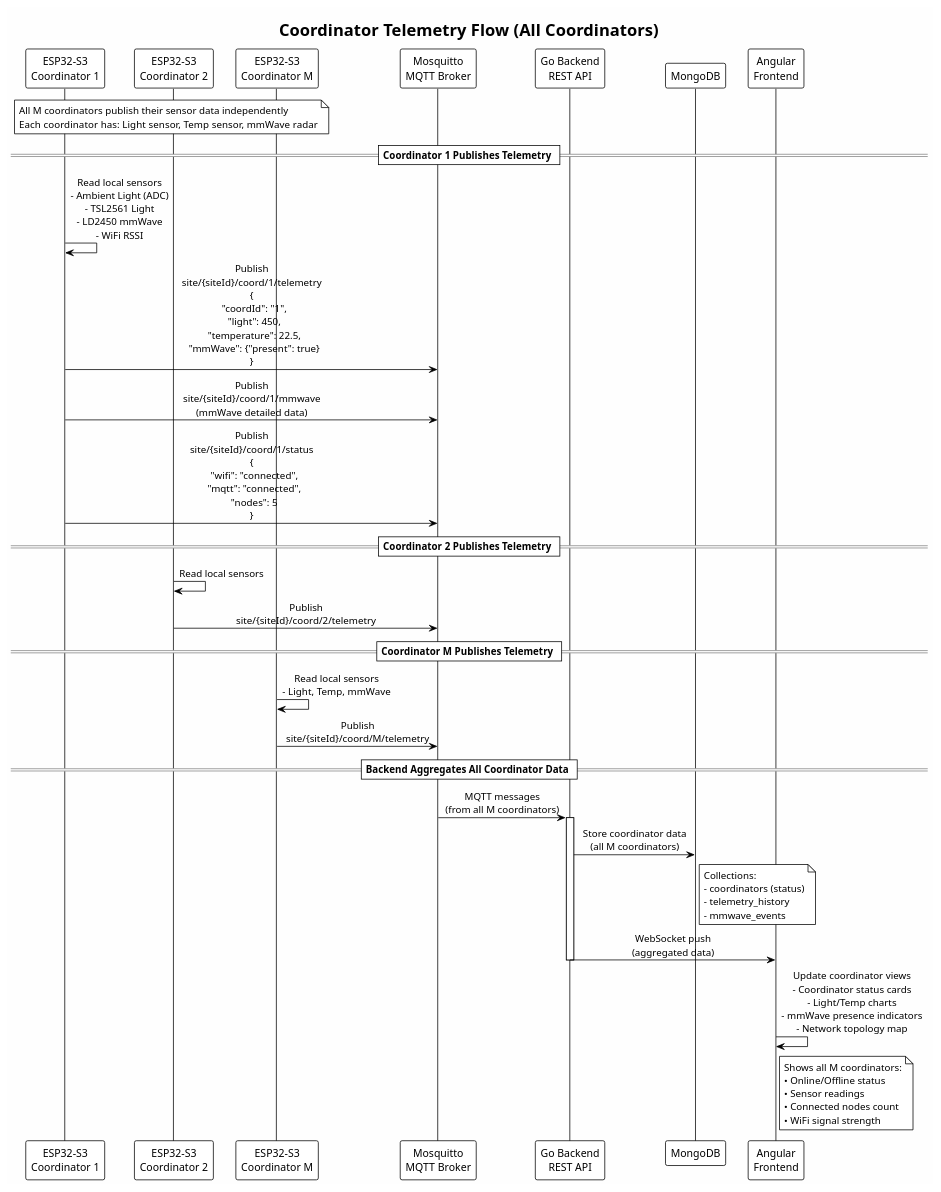
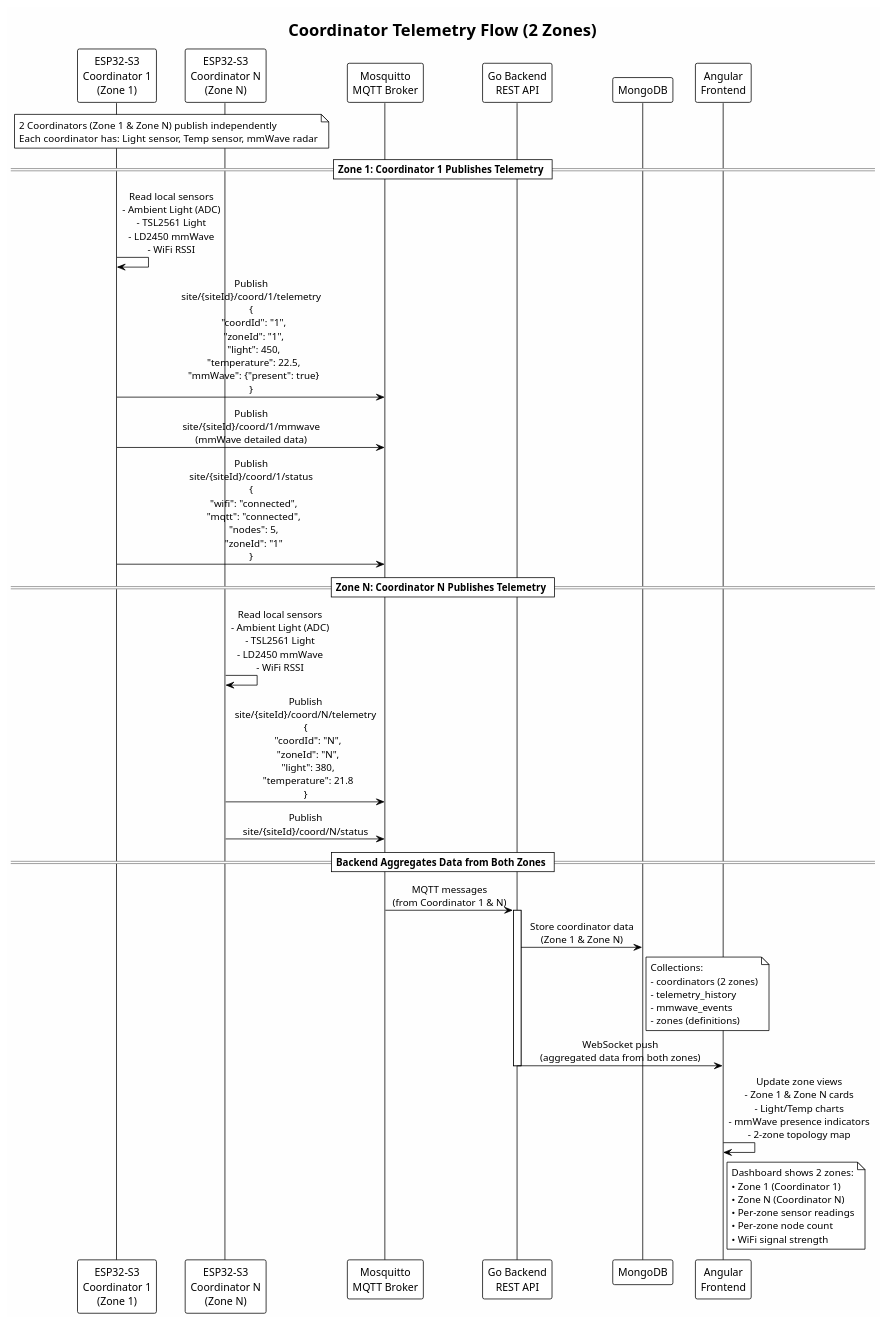
Before and after one commit to DICEsda/IOT-TileNodeCoordinator: the diagram in docs/dataflow-coordinator-telemetry.puml, drawn with PlantUML. The commit also changed 6 other files, not shown here.

Commit message:
Simplify architecture to 2 zones (Zone 1 and Zone N) with N nodes each

```diff
--- a/docs/dataflow-coordinator-telemetry.puml
+++ b/docs/dataflow-coordinator-telemetry.puml
@@ -1,65 +1,63 @@
 @startuml Coordinator Telemetry Flow
 
 !theme plain
 skinparam sequenceMessageAlign center
 skinparam backgroundColor #FEFEFE
 
-title Coordinator Telemetry Flow (All Coordinators)
+title Coordinator Telemetry Flow (2 Zones)
 
-participant "ESP32-S3\nCoordinator 1" as Coord1
-participant "ESP32-S3\nCoordinator 2" as Coord2
-participant "ESP32-S3\nCoordinator M" as CoordM
+participant "ESP32-S3\nCoordinator 1\n(Zone 1)" as Coord1
+participant "ESP32-S3\nCoordinator N\n(Zone N)" as CoordN
 participant "Mosquitto\nMQTT Broker" as MQTT
 participant "Go Backend\nREST API" as Backend
 participant "MongoDB" as DB
 participant "Angular\nFrontend" as Frontend
 
-note over Coord1, CoordM
-  All M coordinators publish their sensor data independently
+note over Coord1, CoordN
+  2 Coordinators (Zone 1 & Zone N) publish independently
   Each coordinator has: Light sensor, Temp sensor, mmWave radar
 end note
 
-== Coordinator 1 Publishes Telemetry ==
+== Zone 1: Coordinator 1 Publishes Telemetry ==
 
 Coord1 -> Coord1: Read local sensors\n- Ambient Light (ADC)\n- TSL2561 Light\n- LD2450 mmWave\n- WiFi RSSI
-Coord1 -> MQTT: Publish\nsite/{siteId}/coord/1/telemetry\n{\n  "coordId": "1",\n  "light": 450,\n  "temperature": 22.5,\n  "mmWave": {"present": true}\n}
+Coord1 -> MQTT: Publish\nsite/{siteId}/coord/1/telemetry\n{\n  "coordId": "1",\n  "zoneId": "1",\n  "light": 450,\n  "temperature": 22.5,\n  "mmWave": {"present": true}\n}
 
 Coord1 -> MQTT: Publish\nsite/{siteId}/coord/1/mmwave\n(mmWave detailed data)
 
-Coord1 -> MQTT: Publish\nsite/{siteId}/coord/1/status\n{\n  "wifi": "connected",\n  "mqtt": "connected",\n  "nodes": 5\n}
+Coord1 -> MQTT: Publish\nsite/{siteId}/coord/1/status\n{\n  "wifi": "connected",\n  "mqtt": "connected",\n  "nodes": 5,\n  "zoneId": "1"\n}
 
-== Coordinator 2 Publishes Telemetry ==
+== Zone N: Coordinator N Publishes Telemetry ==
 
-Coord2 -> Coord2: Read local sensors
-Coord2 -> MQTT: Publish\nsite/{siteId}/coord/2/telemetry
+CoordN -> CoordN: Read local sensors\n- Ambient Light (ADC)\n- TSL2561 Light\n- LD2450 mmWave\n- WiFi RSSI
+CoordN -> MQTT: Publish\nsite/{siteId}/coord/N/telemetry\n{\n  "coordId": "N",\n  "zoneId": "N",\n  "light": 380,\n  "temperature": 21.8\n}
 
-== Coordinator M Publishes Telemetry ==
+CoordN -> MQTT: Publish\nsite/{siteId}/coord/N/status
 
-CoordM -> CoordM: Read local sensors\n- Light, Temp, mmWave
-CoordM -> MQTT: Publish\nsite/{siteId}/coord/M/telemetry
+== Backend Aggregates Data from Both Zones ==
 
-== Backend Aggregates All Coordinator Data ==
-
-MQTT -> Backend: MQTT messages\n(from all M coordinators)
+MQTT -> Backend: MQTT messages\n(from Coordinator 1 & N)
 activate Backend
-Backend -> DB: Store coordinator data\n(all M coordinators)
+Backend -> DB: Store coordinator data\n(Zone 1 & Zone N)
 note right of DB
   Collections:
-  - coordinators (status)
+  - coordinators (2 zones)
   - telemetry_history
   - mmwave_events
+  - zones (definitions)
 end note
-Backend -> Frontend: WebSocket push\n(aggregated data)
+Backend -> Frontend: WebSocket push\n(aggregated data from both zones)
 deactivate Backend
 
-Frontend -> Frontend: Update coordinator views\n- Coordinator status cards\n- Light/Temp charts\n- mmWave presence indicators\n- Network topology map
+Frontend -> Frontend: Update zone views\n- Zone 1 & Zone N cards\n- Light/Temp charts\n- mmWave presence indicators\n- 2-zone topology map
 
 note right of Frontend
-  Shows all M coordinators:
-  • Online/Offline status
-  • Sensor readings
-  • Connected nodes count
+  Dashboard shows 2 zones:
+  • Zone 1 (Coordinator 1)
+  • Zone N (Coordinator N)
+  • Per-zone sensor readings
+  • Per-zone node count
   • WiFi signal strength
 end note
 
 @enduml
```
